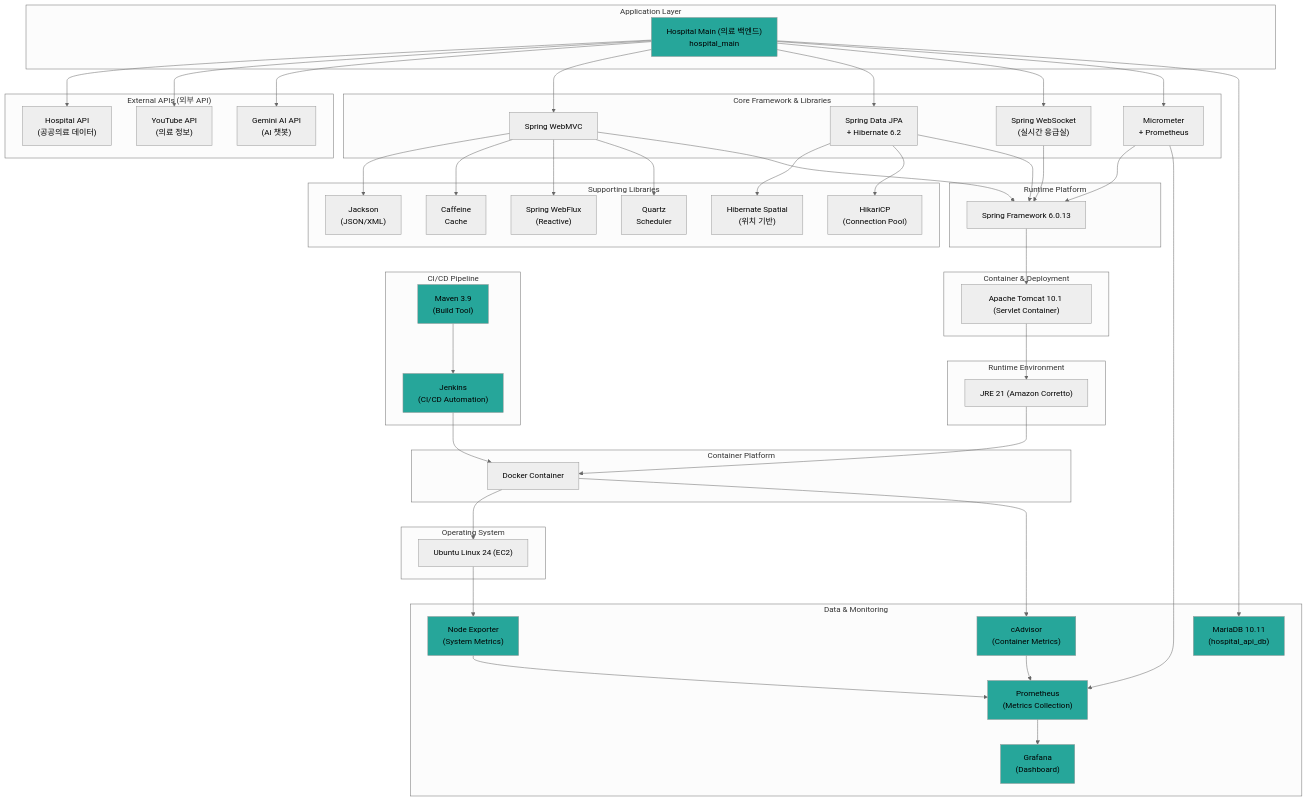
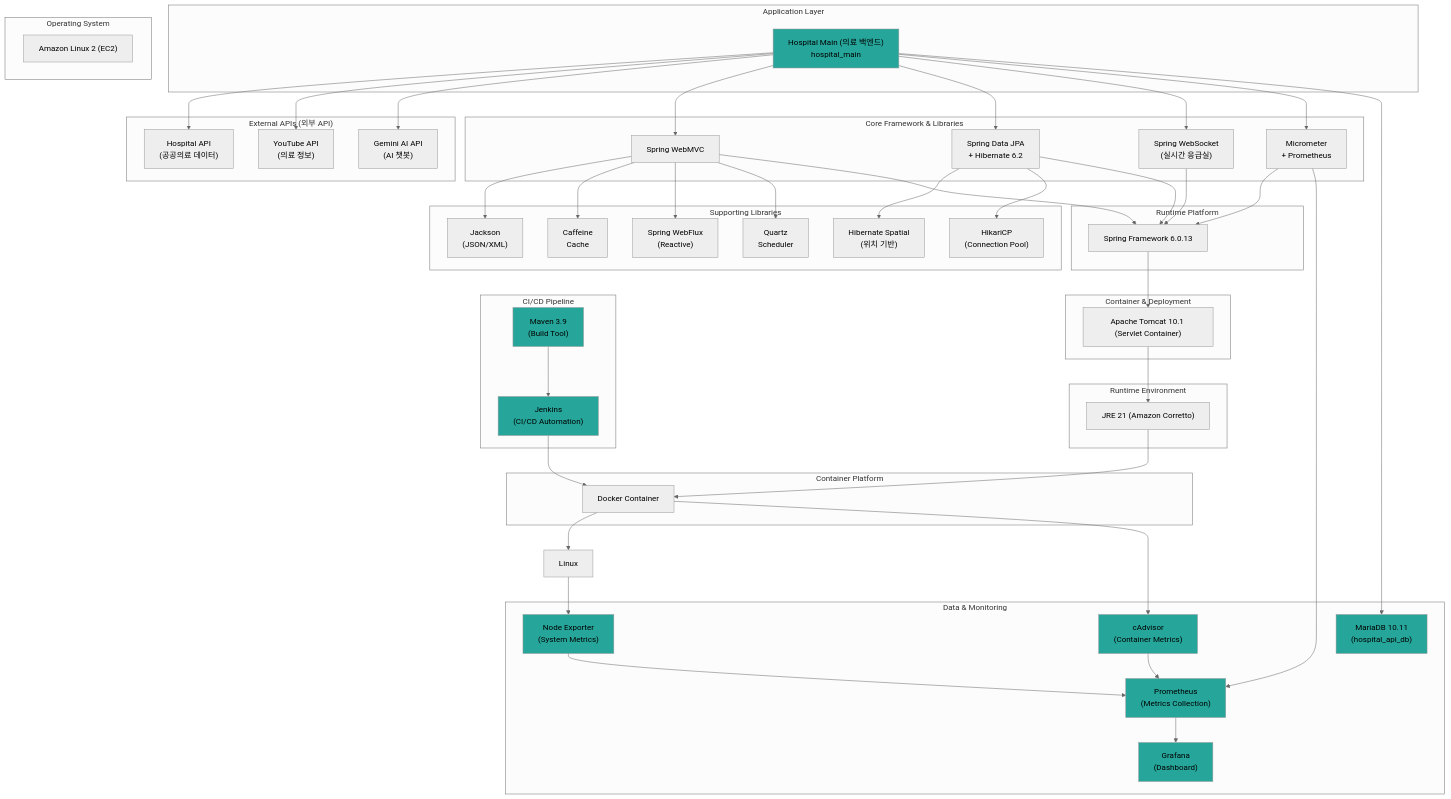
Before and after one commit to medical-info-hub/hospitalInfoProject-backend: the first of 12 diagrams in SW_ARCHITECTURE_FLOWCHART.md, drawn with Mermaid (neutral theme). The commit also changed other lines of this file, not shown here.

Commit message:
Update OS from Ubuntu 24 to Amazon Linux 2

```diff
--- a/SW_ARCHITECTURE_FLOWCHART.md
+++ b/SW_ARCHITECTURE_FLOWCHART.md
@@ -47,7 +47,7 @@
     end
 
     subgraph "Operating System"
-        Ubuntu["Ubuntu Linux 24 (EC2)"]
+        Ubuntu["Amazon Linux 2 (EC2)"]
     end
 
     subgraph "Data & Monitoring"
@@ -87,13 +87,13 @@
     Spring --> Tomcat
     Tomcat --> JRE
     JRE --> Docker
-    Docker --> Ubuntu
+    Docker --> Linux
 
     HospitalMain --> MariaDB
     Micrometer --> Prometheus
     Prometheus --> Grafana
     Docker --> cAdvisor
-    Ubuntu --> NodeExporter
+    Linux --> NodeExporter
     cAdvisor --> Prometheus
     NodeExporter --> Prometheus
 
```
